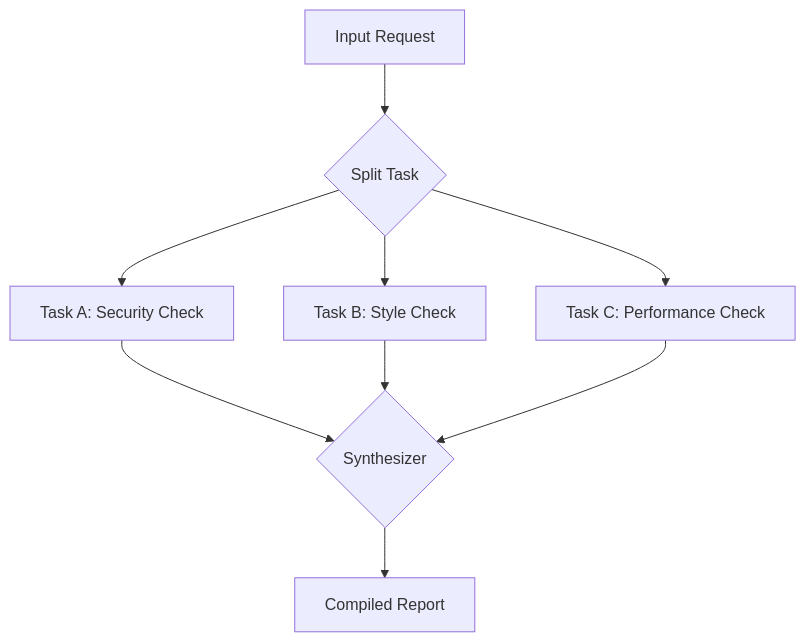
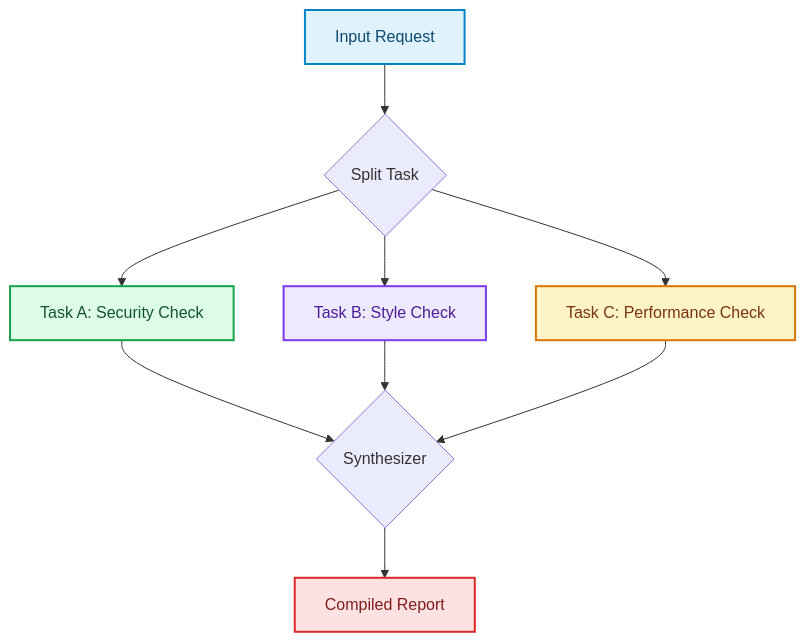
Before and after one commit to akmalkhaniub/akmalkhaniub.github.io: the fourth of 8 diagrams in blog/posts/agentic-ai-architectures.md, drawn with Mermaid. The commit also changed other lines of this file and 1291 other files, not shown here.

First line of the commit message:
feat(catalog): unique covers, scholarly references, and diagram palettes

````diff
--- a/blog/posts/agentic-ai-architectures.md
+++ b/blog/posts/agentic-ai-architectures.md
@@ -85,11 +118,22 @@
 ```mermaid
 flowchart TD
-    Input[Input Request] --> Split{Split Task}
-    Split --> TaskA[Task A: Security Check]
-    Split --> TaskB[Task B: Style Check]
-    Split --> TaskC[Task C: Performance Check]
+    Input["Input Request"] --> Split{Split Task}
+    Split --> TaskA["Task A: Security Check"]
+    Split --> TaskB["Task B: Style Check"]
+    Split --> TaskC["Task C: Performance Check"]
     TaskA --> Aggregate{Synthesizer}
     TaskB --> Aggregate
     TaskC --> Aggregate
-    Aggregate --> Output[Compiled Report]
+    Aggregate --> Output["Compiled Report"]
+
+classDef green fill:#dcfce7,stroke:#16a34a,stroke-width:2px,color:#14532d;
+classDef red fill:#fee2e2,stroke:#dc2626,stroke-width:2px,color:#7f1d1d;
+classDef blue fill:#e0f2fe,stroke:#0284c7,stroke-width:2px,color:#0c4a6e;
+classDef yellow fill:#fef3c7,stroke:#d97706,stroke-width:2px,color:#78350f;
+classDef purple fill:#ede9fe,stroke:#7c3aed,stroke-width:2px,color:#4c1d95;
+class Input blue
+class TaskA green
+class TaskB purple
+class TaskC yellow
+class Output red
 ```
````
